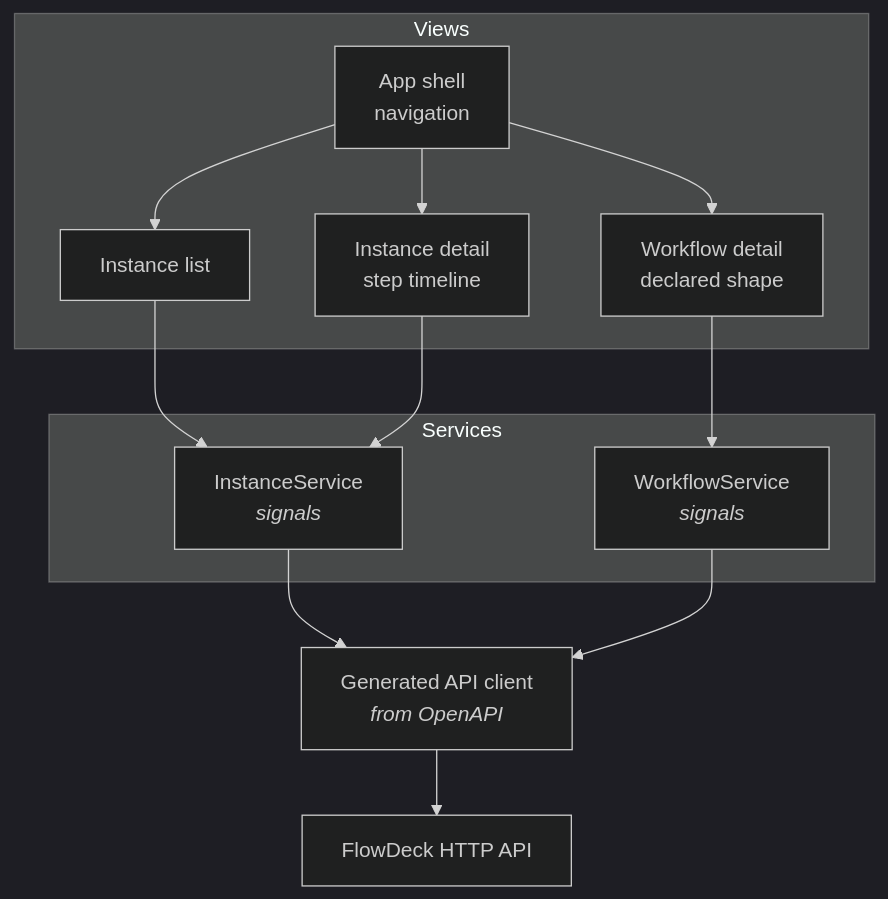
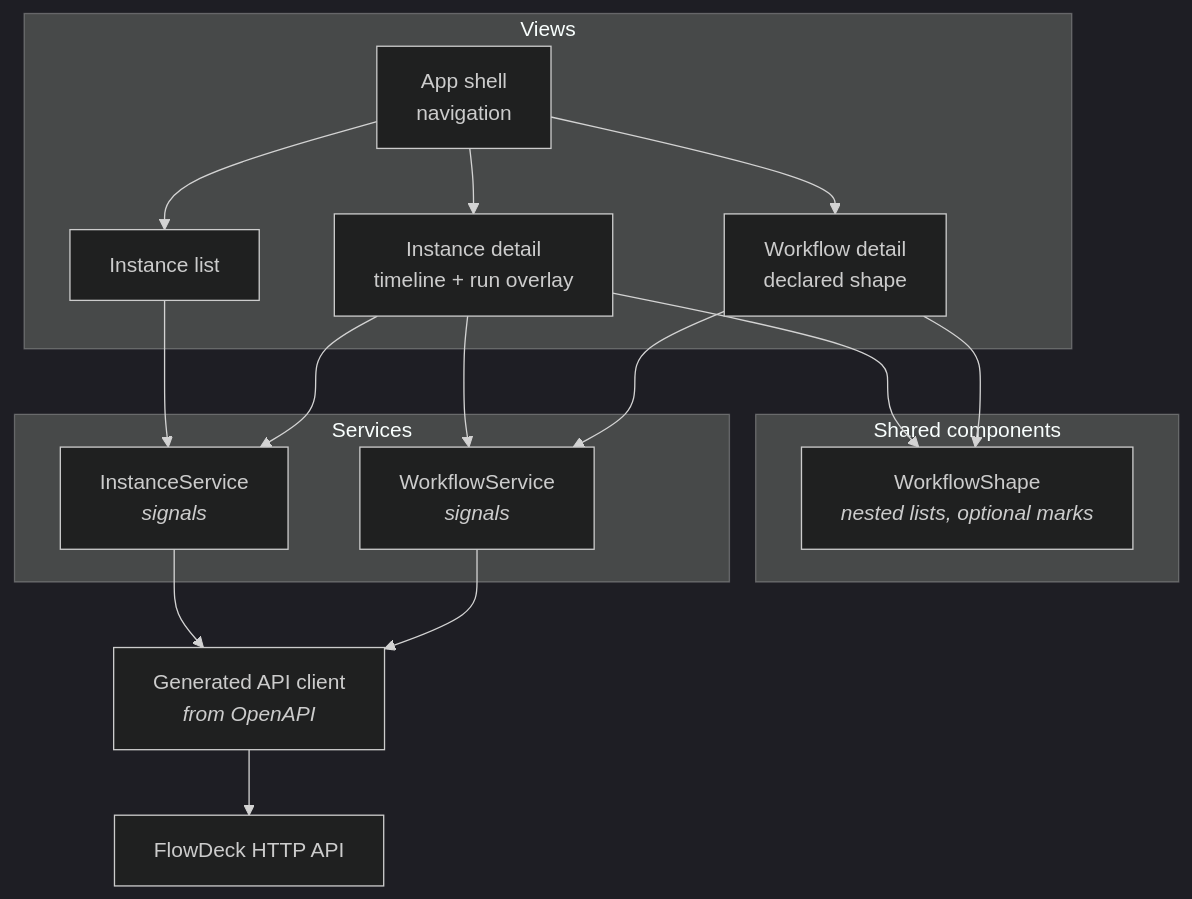
One commit to inferenceailab/FlowDeck changed the diagram in docs/frontend-architecture.md. Above: the diagram before and after it, drawn with Mermaid (dark theme). The commit also changed other lines of this file and 16 other files, not shown here.

First line of the commit message:
feat: overlay a run on its definition's shape (#181) (#182)

````diff
--- a/docs/frontend-architecture.md
+++ b/docs/frontend-architecture.md
@@ -10,27 +10,34 @@
 ```mermaid
 graph TB
     subgraph views["Views"]
         SHELL["App shell<br/>navigation"]
         LIST["Instance list"]
-        DETAIL["Instance detail<br/>step timeline"]
+        DETAIL["Instance detail<br/>timeline + run overlay"]
         WORKFLOW["Workflow detail<br/>declared shape"]
+    end
+
+    subgraph shared["Shared components"]
+        SHAPE["WorkflowShape<br/><i>nested lists, optional marks</i>"]
     end
 
     subgraph state["Services"]
         INSTANCES["InstanceService<br/><i>signals</i>"]
         WORKFLOWS["WorkflowService<br/><i>signals</i>"]
     end
 
     CLIENT["Generated API client<br/><i>from OpenAPI</i>"]
     API["FlowDeck HTTP API"]
 
     SHELL --> LIST
     SHELL --> DETAIL
     SHELL --> WORKFLOW
     LIST --> INSTANCES
     DETAIL --> INSTANCES
+    DETAIL --> WORKFLOWS
+    DETAIL --> SHAPE
     WORKFLOW --> WORKFLOWS
+    WORKFLOW --> SHAPE
     INSTANCES --> CLIENT
     WORKFLOWS --> CLIENT
     CLIENT --> API
 ```
````
